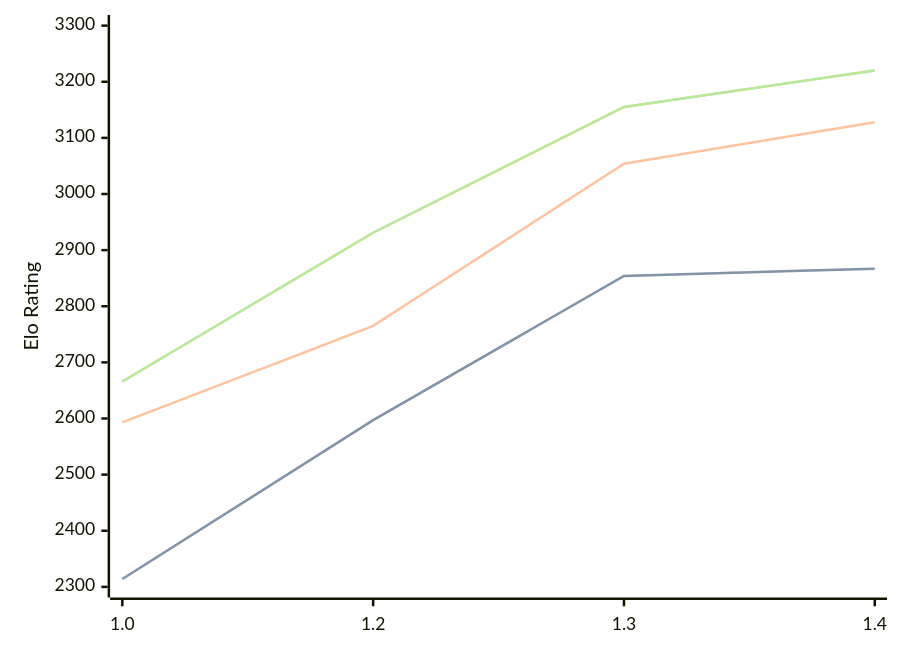
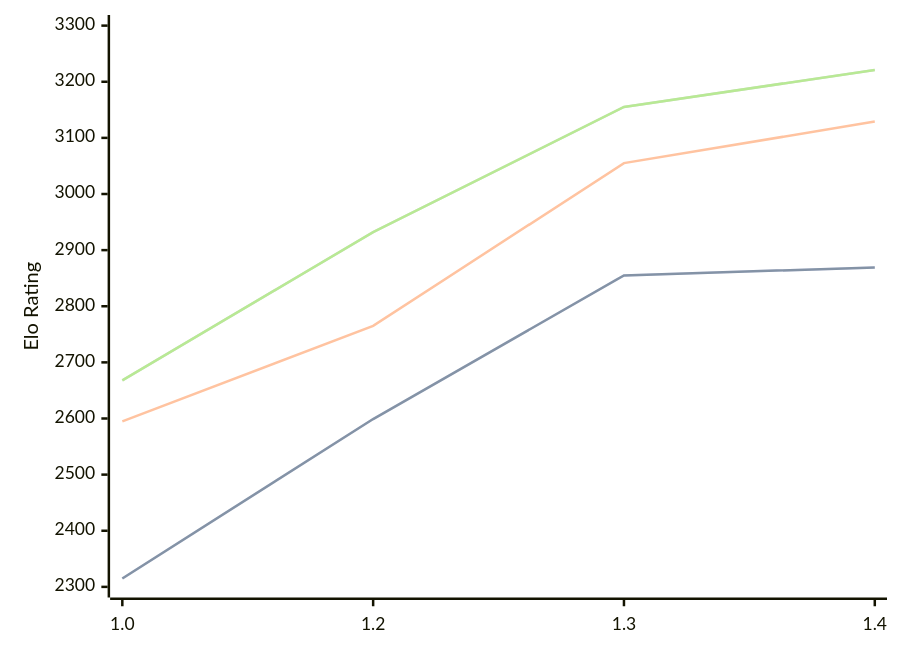
One commit to computer-chess-index/cci changed the diagram in engines/Chessnix.md. Above: the diagram before and after it, drawn with Mermaid. The commit also changed other lines of this file, not shown here.

Commit message:
Update CCI Ratings (ELO VLTC) - 2026-07-25

````diff
--- a/engines/Chessnix.md
+++ b/engines/Chessnix.md
@@ -36,11 +36,11 @@
 ```mermaid
 %%{init: {"theme":"base","themeVariables":{"seriesColors:['#a3a3a3','#222221','#faa371']}}}%%
 xychart-beta
   x-axis ["1.0", "1.2", "1.3", "1.4"]
   y-axis "Elo Rating" 2300 --> 3300
-  line "STC (8.0+0.08s)" [2314, 2597, 2854, 2867]
-  line "STC (8.0+0.08s)" [2314, 2597, 2854, 2867]
-  line "LTC (60.0+0.60s)" [2593, 2765, 3054, 3128]
-  line "VLTC (2m24s+1.12s)" [2666, 2931, 3155, 3220]
-  line "VLTC (2m24s+1.12s)" [2666, 2931, 3155, 3220]
+  line "STC (8.0+0.08s)" [2315, 2599, 2855, 2869]
+  line "STC (8.0+0.08s)" [2315, 2599, 2855, 2869]
+  line "LTC (60.0+0.60s)" [2595, 2765, 3055, 3129]
+  line "VLTC (2m24s+1.12s)" [2668, 2932, 3155, 3221]
+  line "VLTC (2m24s+1.12s)" [2668, 2932, 3155, 3221]
 ```
````
